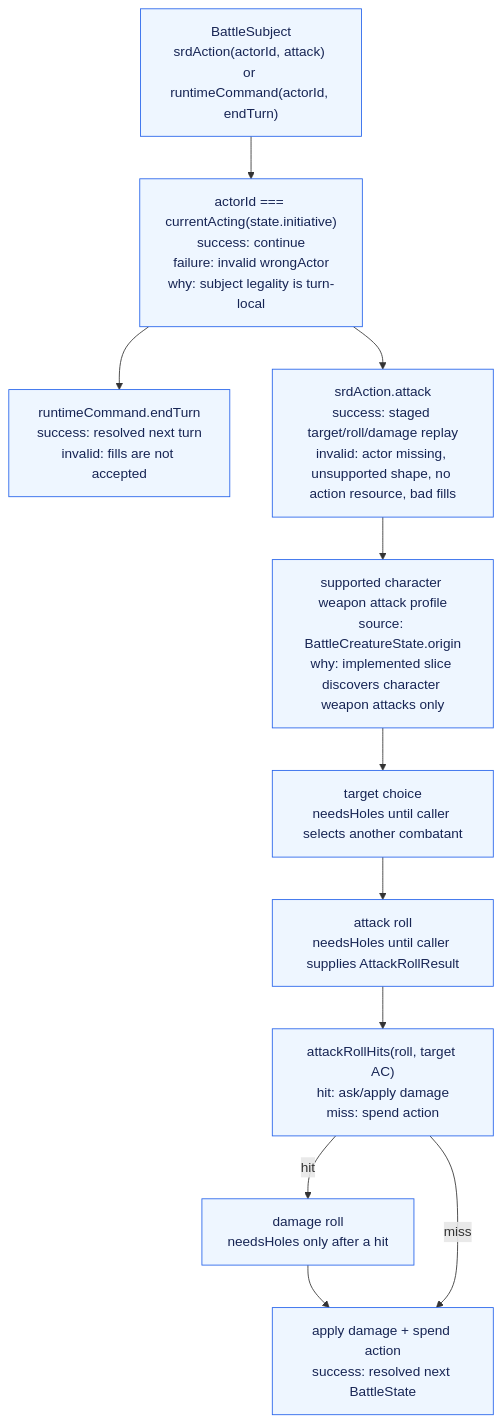
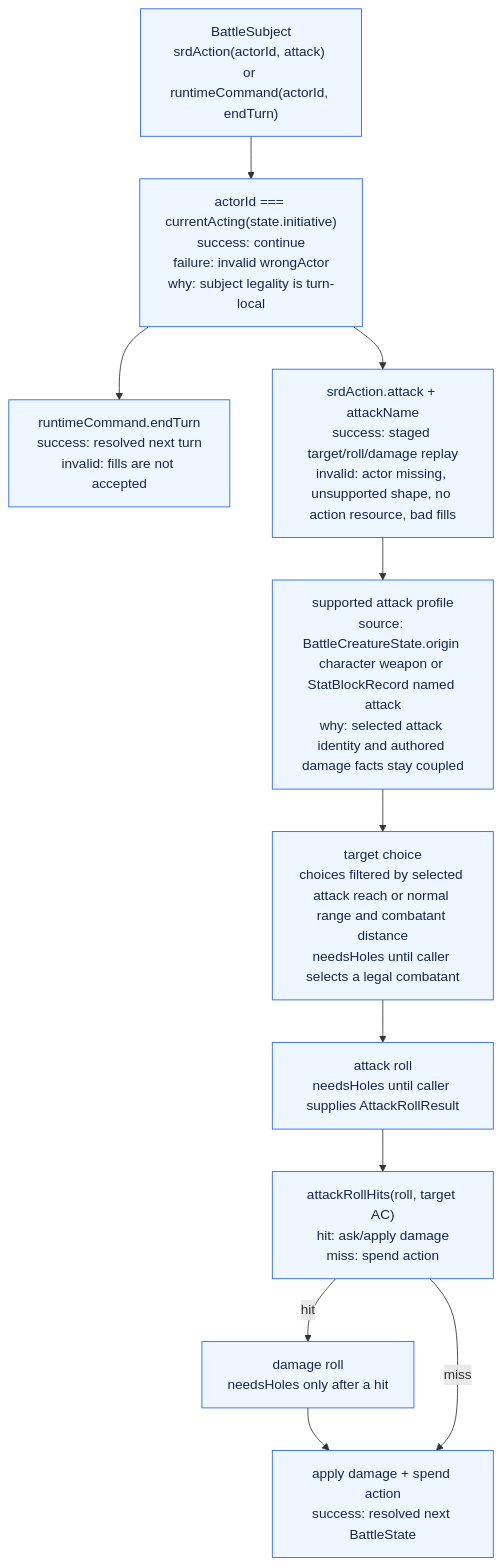
One commit to dearlordylord/5e-quint changed the second of 2 diagrams in packages/battle-runtime/ARCHITECTURE_GRAPH.md. Above: the diagram before and after it, drawn with Mermaid. The commit also changed other lines of this file and 12 other files, not shown here.

````diff
--- a/packages/battle-runtime/ARCHITECTURE_GRAPH.md
+++ b/packages/battle-runtime/ARCHITECTURE_GRAPH.md
@@ -60,22 +61,22 @@
 ```mermaid
 flowchart TD
   Subject["BattleSubject<br/>srdAction(actorId, attack) or runtimeCommand(actorId, endTurn)"]
   CurrentActor["actorId === currentActing(state.initiative)<br/>success: continue<br/>failure: invalid wrongActor<br/>why: subject legality is turn-local"]
   EndTurn["runtimeCommand.endTurn<br/>success: resolved next turn<br/>invalid: fills are not accepted"]
-  Attack["srdAction.attack<br/>success: staged target/roll/damage replay<br/>invalid: actor missing, unsupported shape, no action resource, bad fills"]
-  AttackProfile["supported character weapon attack profile<br/>source: BattleCreatureState.origin<br/>why: implemented slice discovers character weapon attacks only"]
-  Target["target choice<br/>needsHoles until caller selects another combatant"]
+  Attack["srdAction.attack + attackName<br/>success: staged target/roll/damage replay<br/>invalid: actor missing, unsupported shape, no action resource, bad fills"]
+  AttackProfile["supported attack profile<br/>source: BattleCreatureState.origin character weapon or StatBlockRecord named attack<br/>why: selected attack identity and authored damage facts stay coupled"]
+  Target["target choice<br/>choices filtered by selected attack reach or normal range and combatant distance<br/>needsHoles until caller selects a legal combatant"]
   Roll["attack roll<br/>needsHoles until caller supplies AttackRollResult"]
   HitCheck["attackRollHits(roll, target AC)<br/>hit: ask/apply damage<br/>miss: spend action"]
   DamageHole["damage roll<br/>needsHoles only after a hit"]
   Apply["apply damage + spend action<br/>success: resolved next BattleState"]
 
   Subject --> CurrentActor
   CurrentActor --> EndTurn
   CurrentActor --> Attack --> AttackProfile --> Target --> Roll --> HitCheck
   HitCheck -->|hit| DamageHole --> Apply
   HitCheck -->|miss| Apply
 
   classDef implemented fill:#eef6ff,stroke:#2563eb,color:#172554;
   class Subject,CurrentActor,EndTurn,Attack,AttackProfile,Target,Roll,HitCheck,DamageHole,Apply implemented;
 ```
````
